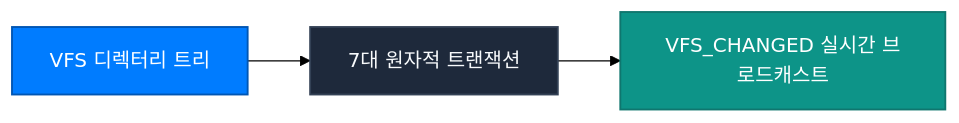
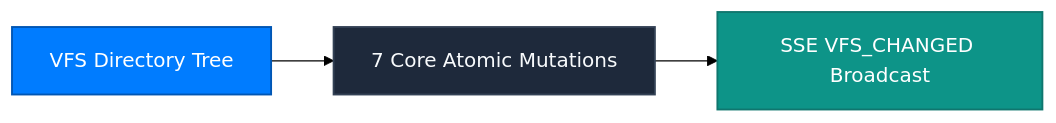
One commit to Connex-Brothers-Consulting-Group/cbcg-hs-connex-docs changed the diagram in guide/studio/manual.mdx. Above: the diagram before and after it, drawn with Mermaid (forest theme). The commit also changed other lines of this file and 30 other files, not shown here.

````diff
--- a/guide/studio/manual.mdx
+++ b/guide/studio/manual.mdx
@@ -9,9 +9,9 @@
 ```mermaid
 graph LR
     classDef primary fill:#007CFF,stroke:#0056B3,stroke-width:1.5px,color:#FFFFFF;
     classDef enterprise fill:#1E293B,stroke:#334155,stroke-width:1.5px,color:#F8FAFC;
     classDef accent fill:#0D9488,stroke:#0F766E,stroke-width:1.5px,color:#FFFFFF;
 
-    Tree["VFS 디렉터리 트리"]:::primary --> Action["7대 원자적 트랜잭션"]:::enterprise
-    Action --> SSE["VFS_CHANGED 실시간 브로드캐스트"]:::accent
+    Tree["VFS Directory Tree"]:::primary --> Action["7 Core Atomic Mutations"]:::enterprise
+    Action --> SSE["SSE VFS_CHANGED Broadcast"]:::accent
 ```
````
